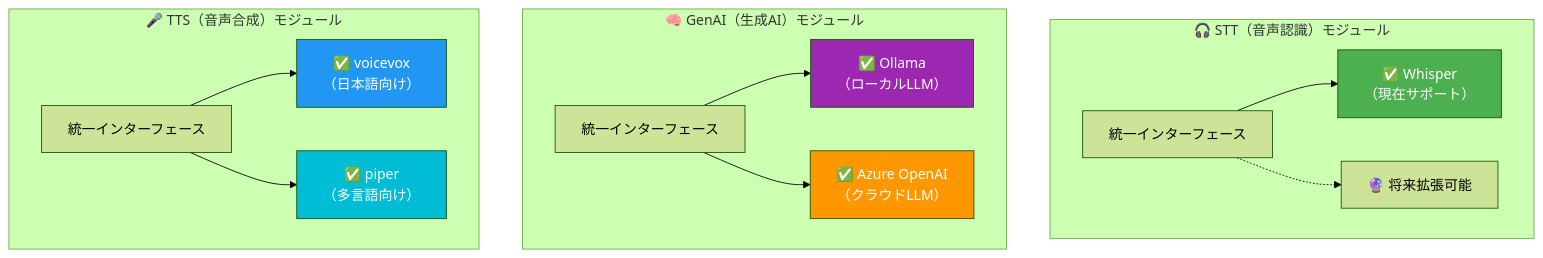
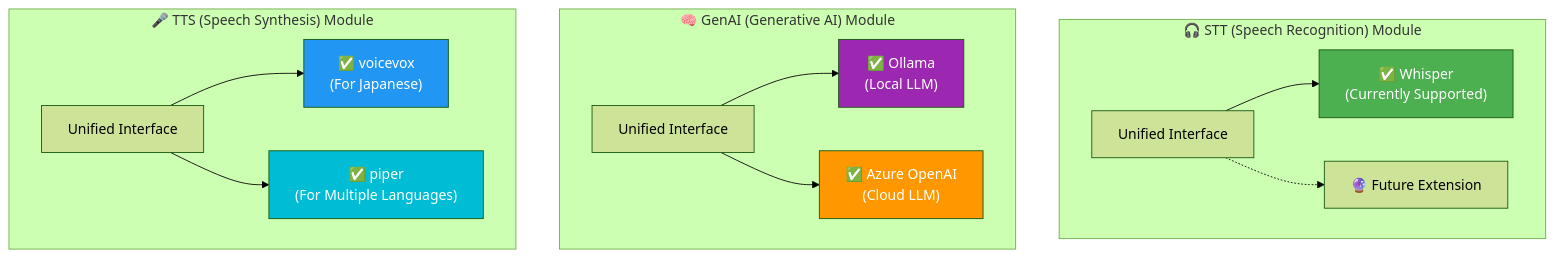
One commit to ks6088ts/template-terraform changed the fifth of 12 diagrams in infra/scenarios/azure_inclusive_ai_labs/README.md. Above: the diagram before and after it, drawn with Mermaid (forest theme). The commit also changed other lines of this file and 28 other files, not shown here.

First line of the commit message:
Add Japanese README files for various Azure scenarios and update existing ones

````diff
--- a/infra/scenarios/azure_inclusive_ai_labs/README.md
+++ b/infra/scenarios/azure_inclusive_ai_labs/README.md
@@ -187,35 +187,35 @@
 ```mermaid
 flowchart TB
-    subgraph STT["🎧 STT（音声認識）モジュール"]
+    subgraph STT["🎧 STT (Speech Recognition) Module"]
         direction LR
-        STT_IF["統一インターフェース"]
-        STT_W["✅ Whisper<br/>（現在サポート）"]
-        STT_Future["🔮 将来拡張可能"]
+        STT_IF["Unified Interface"]
+        STT_W["✅ Whisper<br/>(Currently Supported)"]
+        STT_Future["🔮 Future Extension"]
         STT_IF --> STT_W
         STT_IF -.-> STT_Future
     end
 
-    subgraph GenAI["🧠 GenAI（生成AI）モジュール"]
+    subgraph GenAI["🧠 GenAI (Generative AI) Module"]
         direction LR
-        GENAI_IF["統一インターフェース"]
-        GENAI_OL["✅ Ollama<br/>（ローカルLLM）"]
-        GENAI_AO["✅ Azure OpenAI<br/>（クラウドLLM）"]
+        GENAI_IF["Unified Interface"]
+        GENAI_OL["✅ Ollama<br/>(Local LLM)"]
+        GENAI_AO["✅ Azure OpenAI<br/>(Cloud LLM)"]
         GENAI_IF --> GENAI_OL
         GENAI_IF --> GENAI_AO
     end
 
-    subgraph TTS["🎤 TTS（音声合成）モジュール"]
+    subgraph TTS["🎤 TTS (Speech Synthesis) Module"]
         direction LR
-        TTS_IF["統一インターフェース"]
-        TTS_VV["✅ voicevox<br/>（日本語向け）"]
-        TTS_PP["✅ piper<br/>（多言語向け）"]
+        TTS_IF["Unified Interface"]
+        TTS_VV["✅ voicevox<br/>(For Japanese)"]
+        TTS_PP["✅ piper<br/>(For Multiple Languages)"]
         TTS_IF --> TTS_VV
         TTS_IF --> TTS_PP
     end
 
     style STT_W fill:#4CAF50,color:#fff
     style GENAI_OL fill:#9C27B0,color:#fff
     style GENAI_AO fill:#FF9800,color:#fff
     style TTS_VV fill:#2196F3,color:#fff
     style TTS_PP fill:#00BCD4,color:#fff
 ```
````
